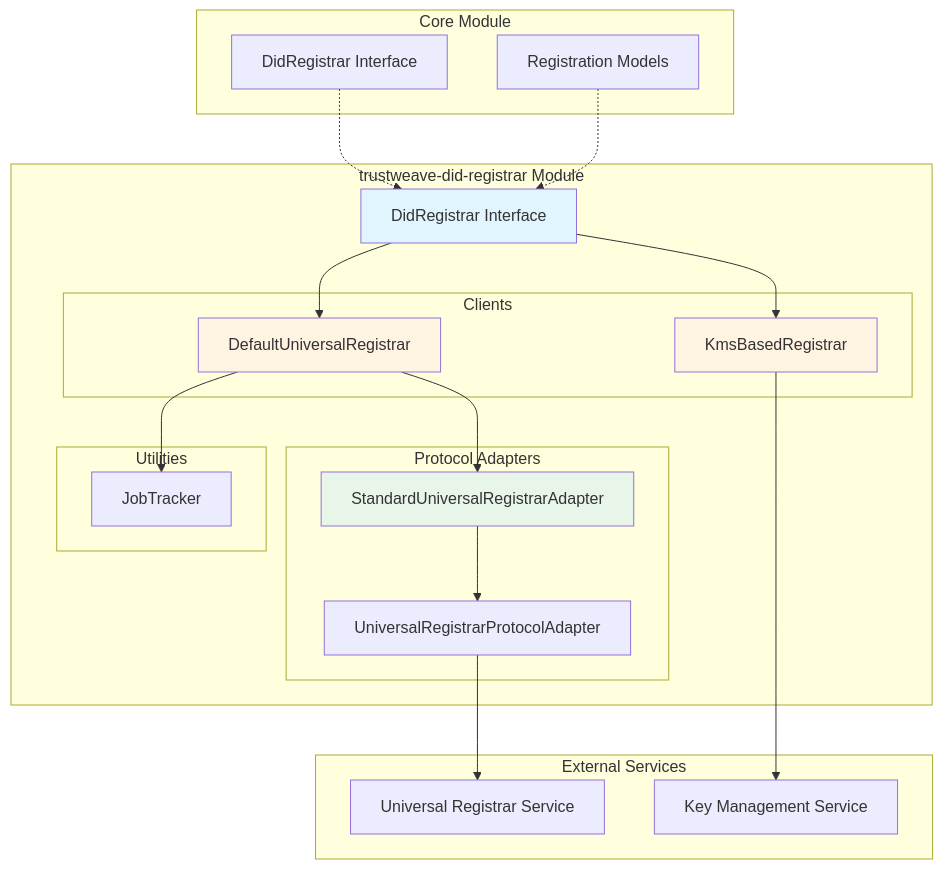
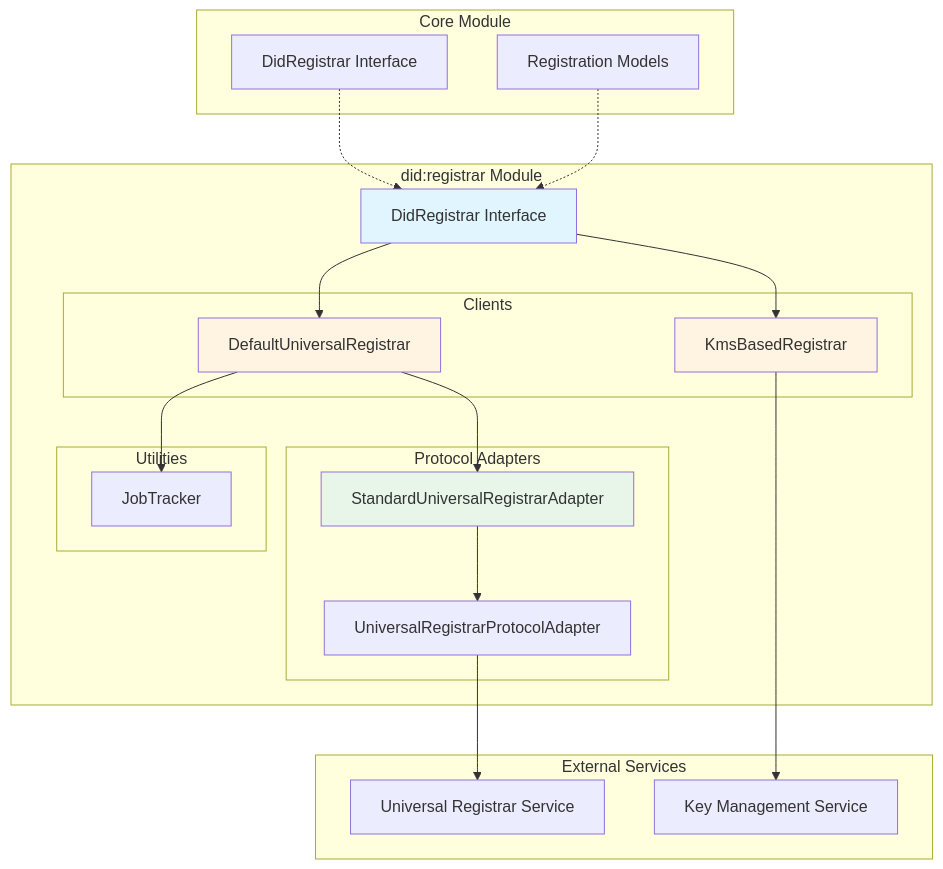
Before and after one commit to geoknoesis/trustweave: the first of 3 diagrams in docs/modules/trustweave-did-registrar.md, drawn with Mermaid. The commit also changed other lines of this file and 184 other files, not shown here.

````diff
--- a/docs/modules/trustweave-did-registrar.md
+++ b/docs/modules/trustweave-did-registrar.md
@@ -31,46 +31,46 @@
 ```mermaid
 graph TB
-    subgraph "trustweave-did-registrar Module"
+    subgraph "did:registrar Module"
         DidRegistrar[DidRegistrar Interface]
 
         subgraph "Clients"
             DefaultUR[DefaultUniversalRegistrar]
             KmsRegistrar[KmsBasedRegistrar]
         end
 
         subgraph "Protocol Adapters"
             StandardAdapter[StandardUniversalRegistrarAdapter]
             ProtocolAdapter[UniversalRegistrarProtocolAdapter]
         end
 
         subgraph "Utilities"
             JobTracker[JobTracker]
         end
     end
 
     subgraph "External Services"
         UniversalRegistrar[Universal Registrar Service]
         KMS[Key Management Service]
     end
 
     subgraph "Core Module"
         DidRegistrarInterface[DidRegistrar Interface]
         Models[Registration Models]
     end
 
     DidRegistrar --> DefaultUR
     DidRegistrar --> KmsRegistrar
     DefaultUR --> StandardAdapter
     StandardAdapter --> ProtocolAdapter
     ProtocolAdapter --> UniversalRegistrar
     KmsRegistrar --> KMS
     DefaultUR --> JobTracker
 
     DidRegistrarInterface -.-> DidRegistrar
     Models -.-> DidRegistrar
 
     style DidRegistrar fill:#e1f5ff
     style DefaultUR fill:#fff4e1
     style KmsRegistrar fill:#fff4e1
     style StandardAdapter fill:#e8f5e9
 ```
````
